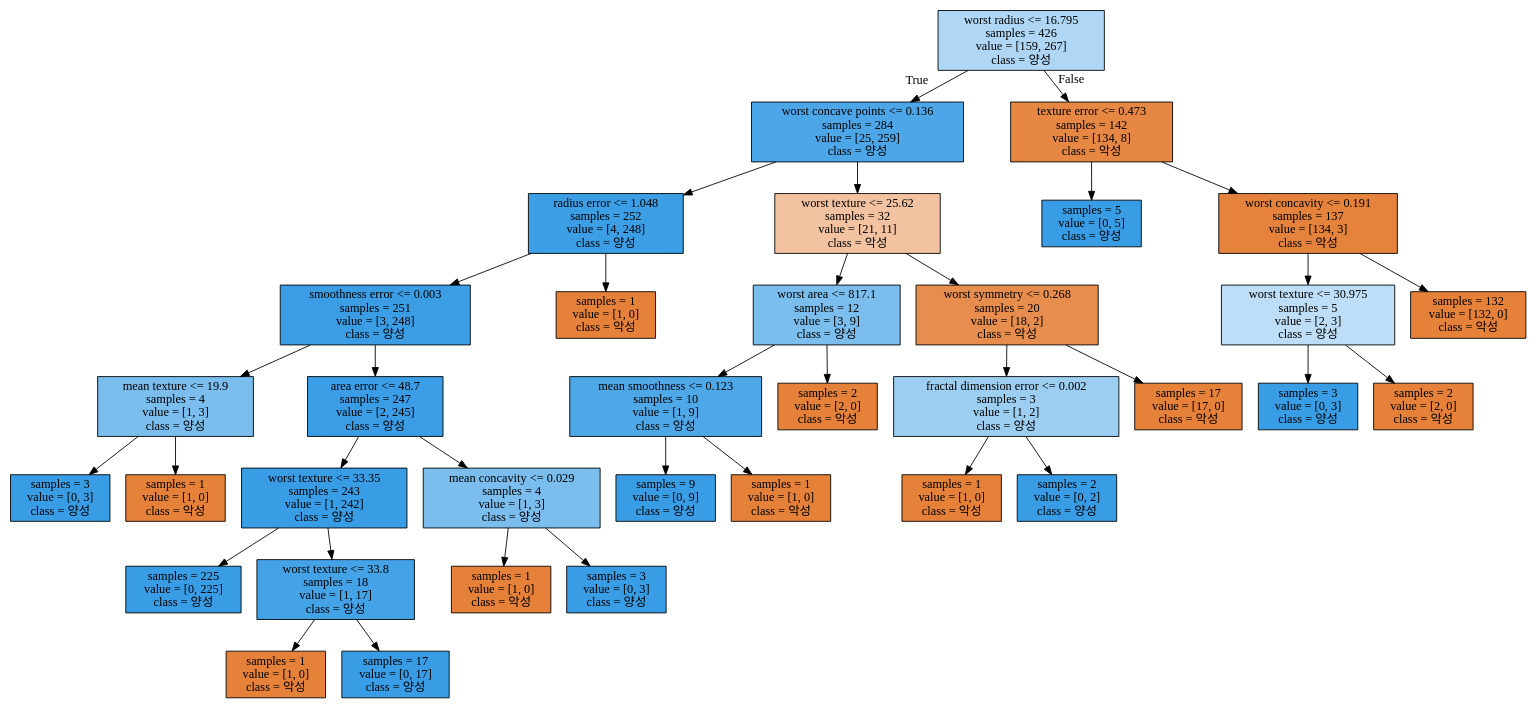
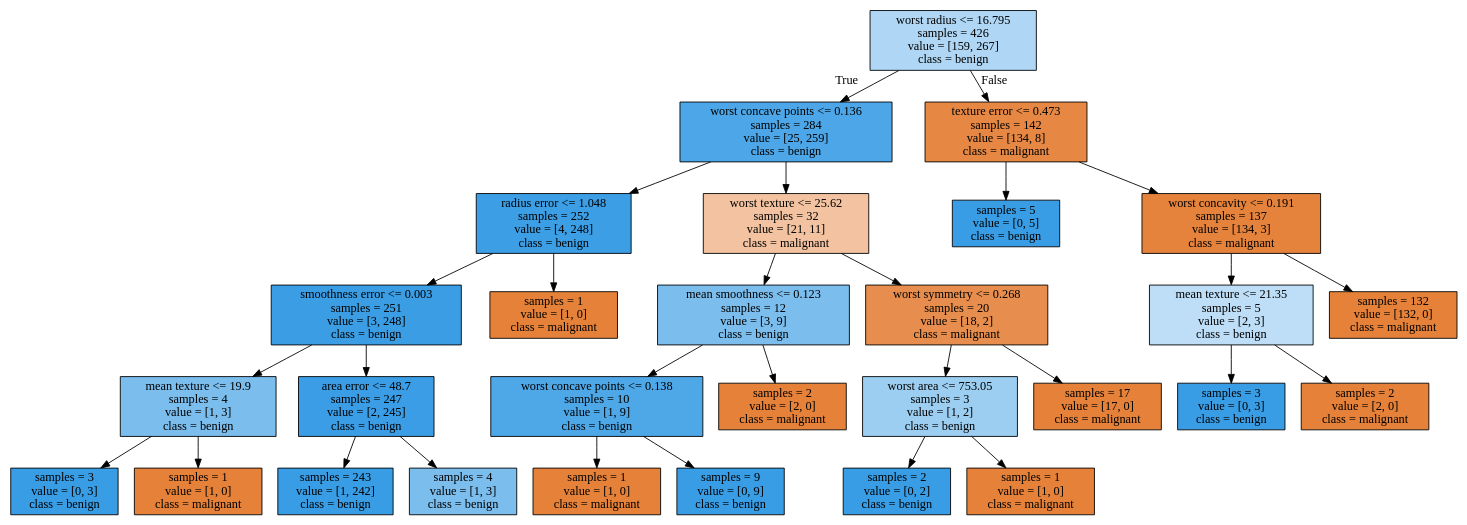
One commit to firstock/dataAnal_py_basic changed the diagram in forEducation/data/tree.dot. Above: the diagram before and after it, drawn with Graphviz. The commit also changed 10 other files, not shown here.

```diff
--- a/forEducation/data/tree.dot
+++ b/forEducation/data/tree.dot
@@ -1,72 +1,60 @@
 digraph Tree {
 node [shape=box, style="filled", color="black"] ;
-0 [label="worst radius <= 16.795\nsamples = 426\nvalue = [159, 267]\nclass = 양성", fillcolor="#399de567"] ;
-1 [label="worst concave points <= 0.136\nsamples = 284\nvalue = [25, 259]\nclass = 양성", fillcolor="#399de5e6"] ;
+0 [label="worst radius <= 16.795\nsamples = 426\nvalue = [159, 267]\nclass = benign", fillcolor="#399de567"] ;
+1 [label="worst concave points <= 0.136\nsamples = 284\nvalue = [25, 259]\nclass = benign", fillcolor="#399de5e6"] ;
 0 -> 1 [labeldistance=2.5, labelangle=45, headlabel="True"] ;
-2 [label="radius error <= 1.048\nsamples = 252\nvalue = [4, 248]\nclass = 양성", fillcolor="#399de5fb"] ;
+2 [label="radius error <= 1.048\nsamples = 252\nvalue = [4, 248]\nclass = benign", fillcolor="#399de5fb"] ;
 1 -> 2 ;
-3 [label="smoothness error <= 0.003\nsamples = 251\nvalue = [3, 248]\nclass = 양성", fillcolor="#399de5fc"] ;
+3 [label="smoothness error <= 0.003\nsamples = 251\nvalue = [3, 248]\nclass = benign", fillcolor="#399de5fc"] ;
 2 -> 3 ;
-4 [label="mean texture <= 19.9\nsamples = 4\nvalue = [1, 3]\nclass = 양성", fillcolor="#399de5aa"] ;
+4 [label="mean texture <= 19.9\nsamples = 4\nvalue = [1, 3]\nclass = benign", fillcolor="#399de5aa"] ;
 3 -> 4 ;
-5 [label="samples = 3\nvalue = [0, 3]\nclass = 양성", fillcolor="#399de5ff"] ;
+5 [label="samples = 3\nvalue = [0, 3]\nclass = benign", fillcolor="#399de5ff"] ;
 4 -> 5 ;
-6 [label="samples = 1\nvalue = [1, 0]\nclass = 악성", fillcolor="#e58139ff"] ;
+6 [label="samples = 1\nvalue = [1, 0]\nclass = malignant", fillcolor="#e58139ff"] ;
 4 -> 6 ;
-7 [label="area error <= 48.7\nsamples = 247\nvalue = [2, 245]\nclass = 양성", fillcolor="#399de5fd"] ;
+7 [label="area error <= 48.7\nsamples = 247\nvalue = [2, 245]\nclass = benign", fillcolor="#399de5fd"] ;
 3 -> 7 ;
-8 [label="worst texture <= 33.35\nsamples = 243\nvalue = [1, 242]\nclass = 양성", fillcolor="#399de5fe"] ;
+8 [label="samples = 243\nvalue = [1, 242]\nclass = benign", fillcolor="#399de5fe"] ;
 7 -> 8 ;
-9 [label="samples = 225\nvalue = [0, 225]\nclass = 양성", fillcolor="#399de5ff"] ;
-8 -> 9 ;
-10 [label="worst texture <= 33.8\nsamples = 18\nvalue = [1, 17]\nclass = 양성", fillcolor="#399de5f0"] ;
-8 -> 10 ;
-11 [label="samples = 1\nvalue = [1, 0]\nclass = 악성", fillcolor="#e58139ff"] ;
-10 -> 11 ;
-12 [label="samples = 17\nvalue = [0, 17]\nclass = 양성", fillcolor="#399de5ff"] ;
-10 -> 12 ;
-13 [label="mean concavity <= 0.029\nsamples = 4\nvalue = [1, 3]\nclass = 양성", fillcolor="#399de5aa"] ;
-7 -> 13 ;
-14 [label="samples = 1\nvalue = [1, 0]\nclass = 악성", fillcolor="#e58139ff"] ;
+9 [label="samples = 4\nvalue = [1, 3]\nclass = benign", fillcolor="#399de5aa"] ;
+7 -> 9 ;
+10 [label="samples = 1\nvalue = [1, 0]\nclass = malignant", fillcolor="#e58139ff"] ;
+2 -> 10 ;
+11 [label="worst texture <= 25.62\nsamples = 32\nvalue = [21, 11]\nclass = malignant", fillcolor="#e5813979"] ;
+1 -> 11 ;
+12 [label="mean smoothness <= 0.123\nsamples = 12\nvalue = [3, 9]\nclass = benign", fillcolor="#399de5aa"] ;
+11 -> 12 ;
+13 [label="worst concave points <= 0.138\nsamples = 10\nvalue = [1, 9]\nclass = benign", fillcolor="#399de5e3"] ;
+12 -> 13 ;
+14 [label="samples = 1\nvalue = [1, 0]\nclass = malignant", fillcolor="#e58139ff"] ;
 13 -> 14 ;
-15 [label="samples = 3\nvalue = [0, 3]\nclass = 양성", fillcolor="#399de5ff"] ;
+15 [label="samples = 9\nvalue = [0, 9]\nclass = benign", fillcolor="#399de5ff"] ;
 13 -> 15 ;
-16 [label="samples = 1\nvalue = [1, 0]\nclass = 악성", fillcolor="#e58139ff"] ;
-2 -> 16 ;
-17 [label="worst texture <= 25.62\nsamples = 32\nvalue = [21, 11]\nclass = 악성", fillcolor="#e5813979"] ;
-1 -> 17 ;
-18 [label="worst area <= 817.1\nsamples = 12\nvalue = [3, 9]\nclass = 양성", fillcolor="#399de5aa"] ;
+16 [label="samples = 2\nvalue = [2, 0]\nclass = malignant", fillcolor="#e58139ff"] ;
+12 -> 16 ;
+17 [label="worst symmetry <= 0.268\nsamples = 20\nvalue = [18, 2]\nclass = malignant", fillcolor="#e58139e3"] ;
+11 -> 17 ;
+18 [label="worst area <= 753.05\nsamples = 3\nvalue = [1, 2]\nclass = benign", fillcolor="#399de57f"] ;
 17 -> 18 ;
-19 [label="mean smoothness <= 0.123\nsamples = 10\nvalue = [1, 9]\nclass = 양성", fillcolor="#399de5e3"] ;
+19 [label="samples = 2\nvalue = [0, 2]\nclass = benign", fillcolor="#399de5ff"] ;
 18 -> 19 ;
-20 [label="samples = 9\nvalue = [0, 9]\nclass = 양성", fillcolor="#399de5ff"] ;
-19 -> 20 ;
-21 [label="samples = 1\nvalue = [1, 0]\nclass = 악성", fillcolor="#e58139ff"] ;
-19 -> 21 ;
-22 [label="samples = 2\nvalue = [2, 0]\nclass = 악성", fillcolor="#e58139ff"] ;
-18 -> 22 ;
-23 [label="worst symmetry <= 0.268\nsamples = 20\nvalue = [18, 2]\nclass = 악성", fillcolor="#e58139e3"] ;
-17 -> 23 ;
-24 [label="fractal dimension error <= 0.002\nsamples = 3\nvalue = [1, 2]\nclass = 양성", fillcolor="#399de57f"] ;
-23 -> 24 ;
-25 [label="samples = 1\nvalue = [1, 0]\nclass = 악성", fillcolor="#e58139ff"] ;
+20 [label="samples = 1\nvalue = [1, 0]\nclass = malignant", fillcolor="#e58139ff"] ;
+18 -> 20 ;
+21 [label="samples = 17\nvalue = [17, 0]\nclass = malignant", fillcolor="#e58139ff"] ;
+17 -> 21 ;
+22 [label="texture error <= 0.473\nsamples = 142\nvalue = [134, 8]\nclass = malignant", fillcolor="#e58139f0"] ;
+0 -> 22 [labeldistance=2.5, labelangle=-45, headlabel="False"] ;
+23 [label="samples = 5\nvalue = [0, 5]\nclass = benign", fillcolor="#399de5ff"] ;
+22 -> 23 ;
+24 [label="worst concavity <= 0.191\nsamples = 137\nvalue = [134, 3]\nclass = malignant", fillcolor="#e58139f9"] ;
+22 -> 24 ;
+25 [label="mean texture <= 21.35\nsamples = 5\nvalue = [2, 3]\nclass = benign", fillcolor="#399de555"] ;
 24 -> 25 ;
-26 [label="samples = 2\nvalue = [0, 2]\nclass = 양성", fillcolor="#399de5ff"] ;
-24 -> 26 ;
-27 [label="samples = 17\nvalue = [17, 0]\nclass = 악성", fillcolor="#e58139ff"] ;
-23 -> 27 ;
-28 [label="texture error <= 0.473\nsamples = 142\nvalue = [134, 8]\nclass = 악성", fillcolor="#e58139f0"] ;
-0 -> 28 [labeldistance=2.5, labelangle=-45, headlabel="False"] ;
-29 [label="samples = 5\nvalue = [0, 5]\nclass = 양성", fillcolor="#399de5ff"] ;
-28 -> 29 ;
-30 [label="worst concavity <= 0.191\nsamples = 137\nvalue = [134, 3]\nclass = 악성", fillcolor="#e58139f9"] ;
-28 -> 30 ;
-31 [label="worst texture <= 30.975\nsamples = 5\nvalue = [2, 3]\nclass = 양성", fillcolor="#399de555"] ;
-30 -> 31 ;
-32 [label="samples = 3\nvalue = [0, 3]\nclass = 양성", fillcolor="#399de5ff"] ;
-31 -> 32 ;
-33 [label="samples = 2\nvalue = [2, 0]\nclass = 악성", fillcolor="#e58139ff"] ;
-31 -> 33 ;
-34 [label="samples = 132\nvalue = [132, 0]\nclass = 악성", fillcolor="#e58139ff"] ;
-30 -> 34 ;
+26 [label="samples = 3\nvalue = [0, 3]\nclass = benign", fillcolor="#399de5ff"] ;
+25 -> 26 ;
+27 [label="samples = 2\nvalue = [2, 0]\nclass = malignant", fillcolor="#e58139ff"] ;
+25 -> 27 ;
+28 [label="samples = 132\nvalue = [132, 0]\nclass = malignant", fillcolor="#e58139ff"] ;
+24 -> 28 ;
 }
```
